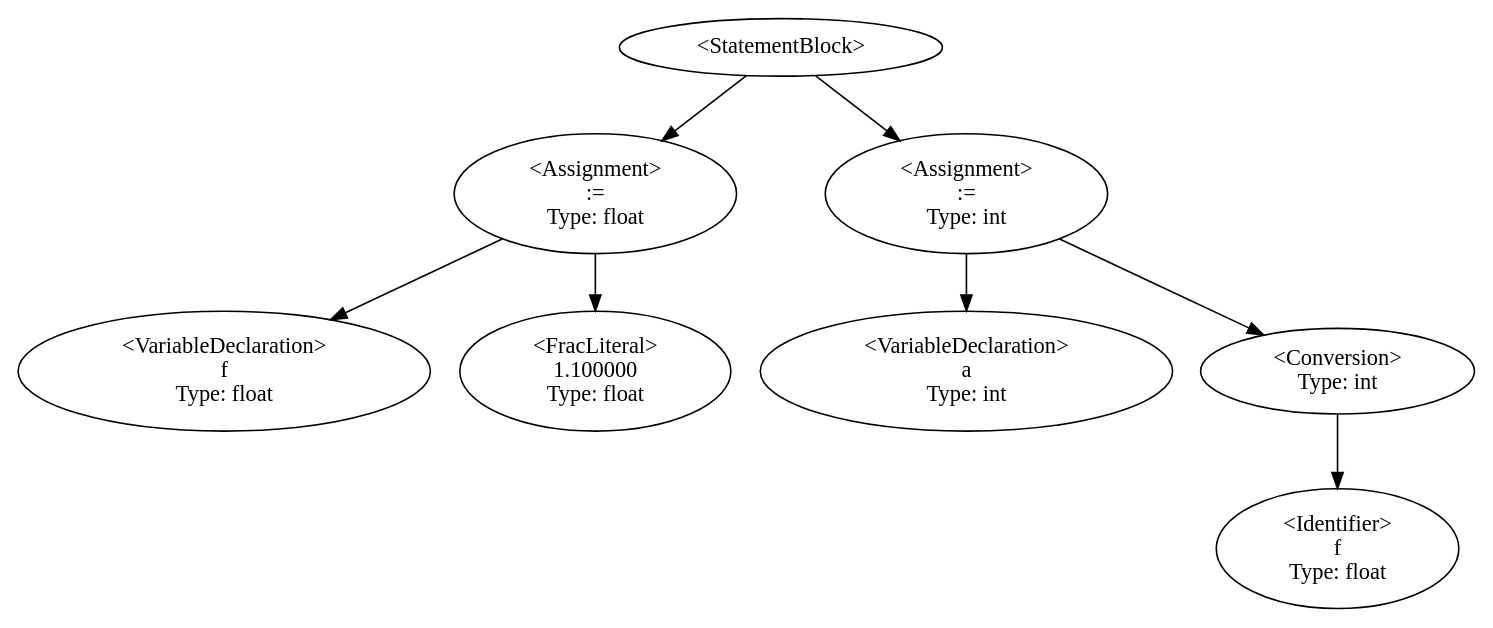
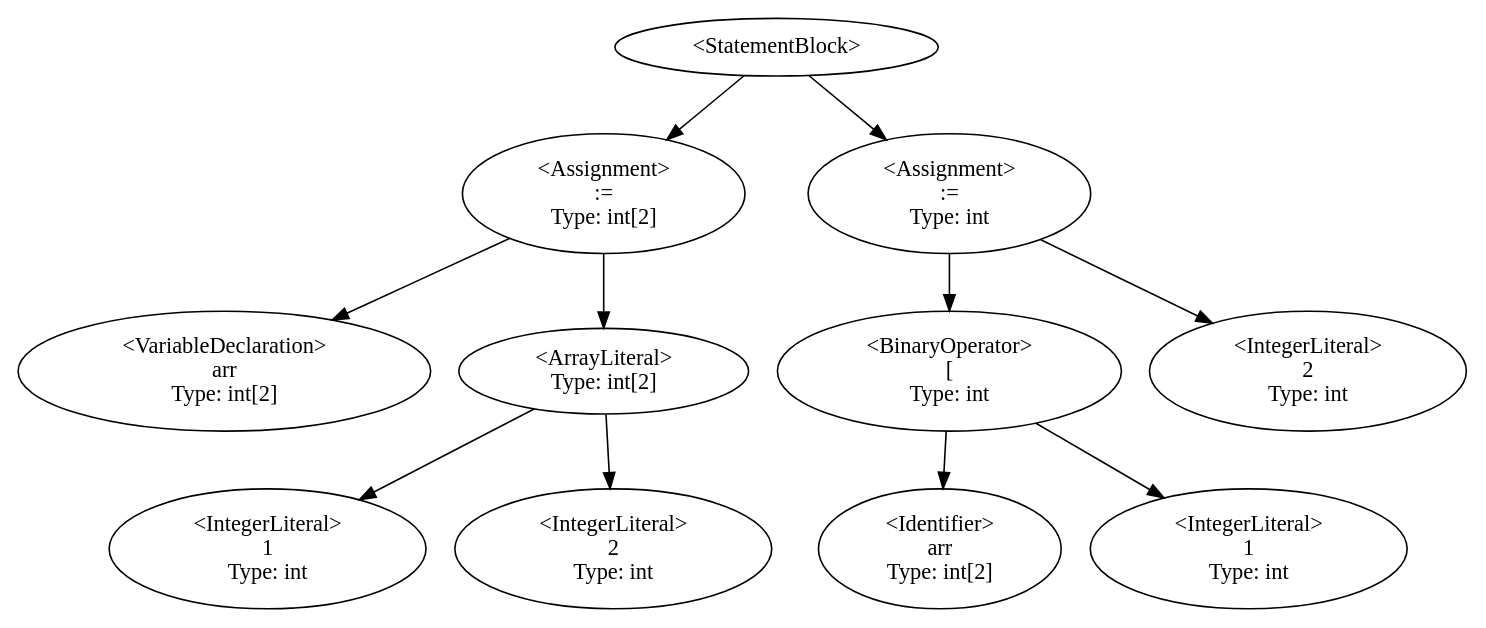
One commit to QazmoQwerty/dino changed the diagram in Dino/Dino/DstDisplay.gv. Above: the diagram before and after it, drawn with Graphviz. The commit also changed 8 other files, not shown here.

```diff
--- a/Dino/Dino/DstDisplay.gv
+++ b/Dino/Dino/DstDisplay.gv
@@ -1,17 +1,22 @@
 digraph G {
-8 [label="<StatementBlock>"];8->13;8->21;
-13 [label="<Assignment>\n:=
-Type: float"];13->11;13->9;
-11 [label="<VariableDeclaration>\nf
-Type: float"];
-9 [label="<FracLiteral>\n1.100000
-Type: float"];
-21 [label="<Assignment>\n:=
-Type: int"];21->19;21->18;
-19 [label="<VariableDeclaration>\na
+8 [label="<StatementBlock>"];8->23;8->30;
+23 [label="<Assignment>\n:=
+Type: int[2]"];23->17;23->15;
+17 [label="<VariableDeclaration>\narr
+Type: int[2]"];
+15 [label="<ArrayLiteral>\nType: int[2]"];15->11;15->13;
+11 [label="<IntegerLiteral>\n1
 Type: int"];
-18 [label="<Conversion>
-Type: int"];18->17;
-17 [label="<Identifier>\nf
-Type: float"];
+13 [label="<IntegerLiteral>\n2
+Type: int"];
+30 [label="<Assignment>\n:=
+Type: int"];30->29;30->24;
+29 [label="<BinaryOperator>\n[
+Type: int"];29->28;29->26;
+28 [label="<Identifier>\narr
+Type: int[2]"];
+26 [label="<IntegerLiteral>\n1
+Type: int"];
+24 [label="<IntegerLiteral>\n2
+Type: int"];
 }
```
